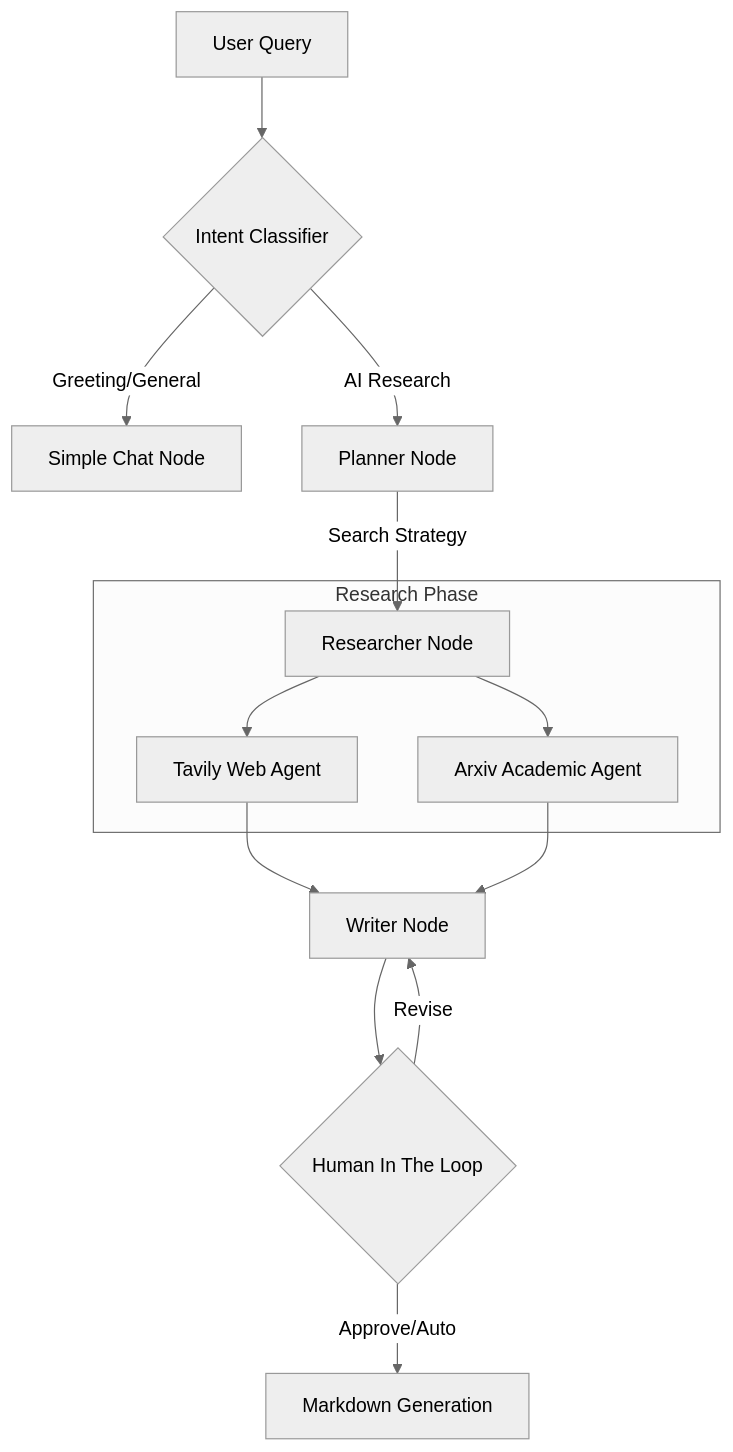
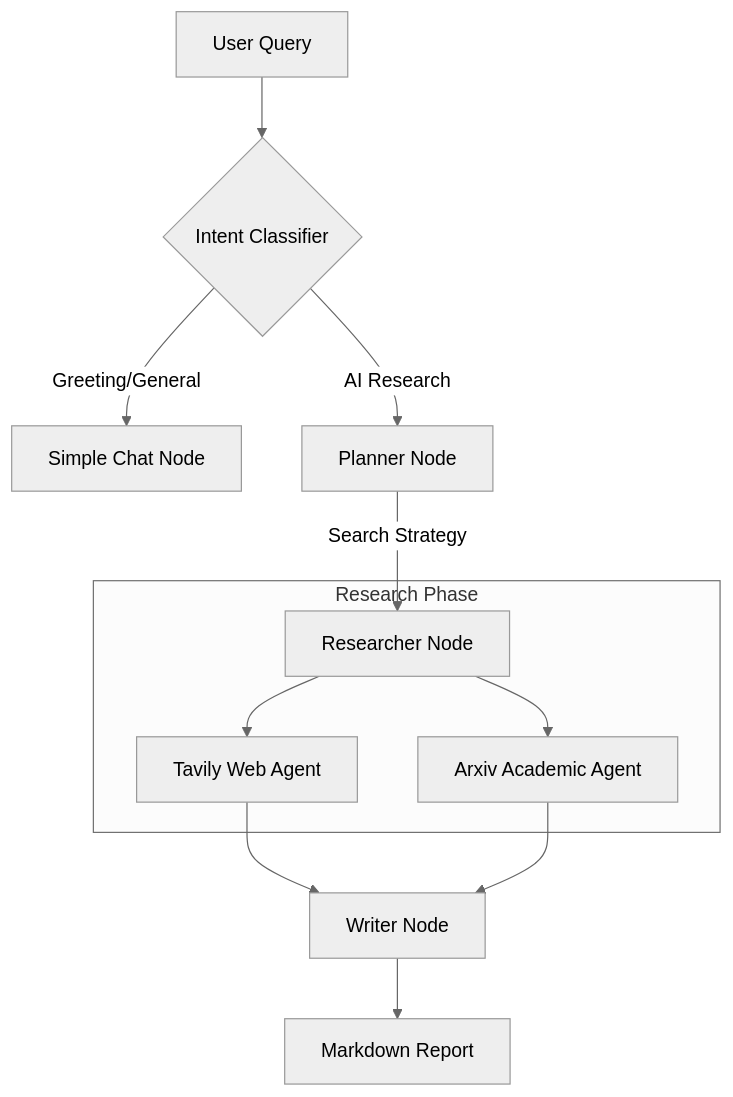
One commit to RakeenHarmainKhan/Multi-Agent-Research changed the diagram in README.md. Above: the diagram before and after it, drawn with Mermaid (neutral theme). The commit also changed other lines of this file and 27 other files, not shown here.

````diff
--- a/README.md
+++ b/README.md
@@ -26,20 +24,18 @@
 ```mermaid
 graph TD
     UserQuery["User Query"] --> IntentClassifier{"Intent Classifier"}
     IntentClassifier -->|Greeting/General| SimpleChat["Simple Chat Node"]
     IntentClassifier -->|AI Research| Planner["Planner Node"]
     
     Planner -->|Search Strategy| Researcher["Researcher Node"]
     
     subgraph Research Phase
         Researcher --> WebSearch["Tavily Web Agent"]
         Researcher --> AcademicSearch["Arxiv Academic Agent"]
     end
     
     WebSearch --> Writer["Writer Node"]
     AcademicSearch --> Writer
     
-    Writer --> HumanReview{"Human In The Loop"}
-    HumanReview -->|Revise| Writer
-    HumanReview -->|Approve/Auto| Output["Markdown Generation"]
+    Writer --> Output["Markdown Report"]
 ```
````
